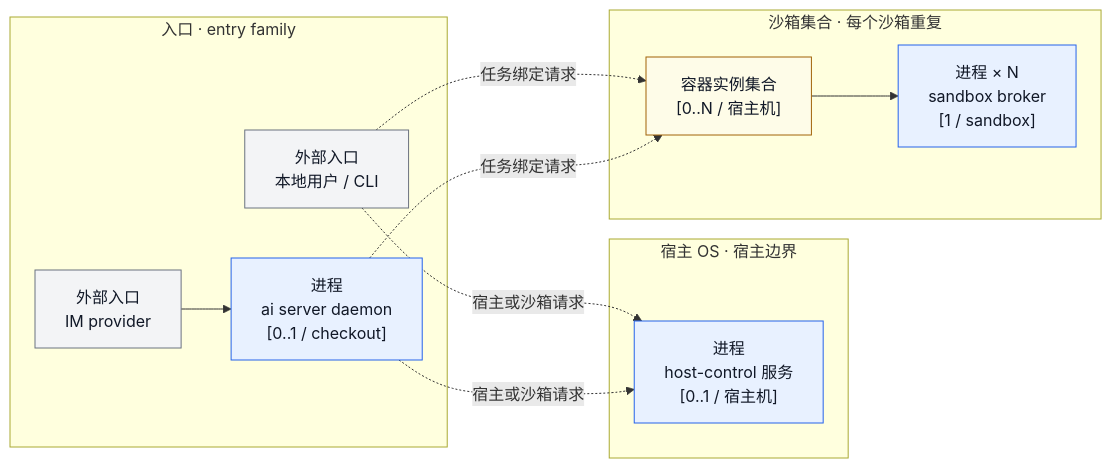
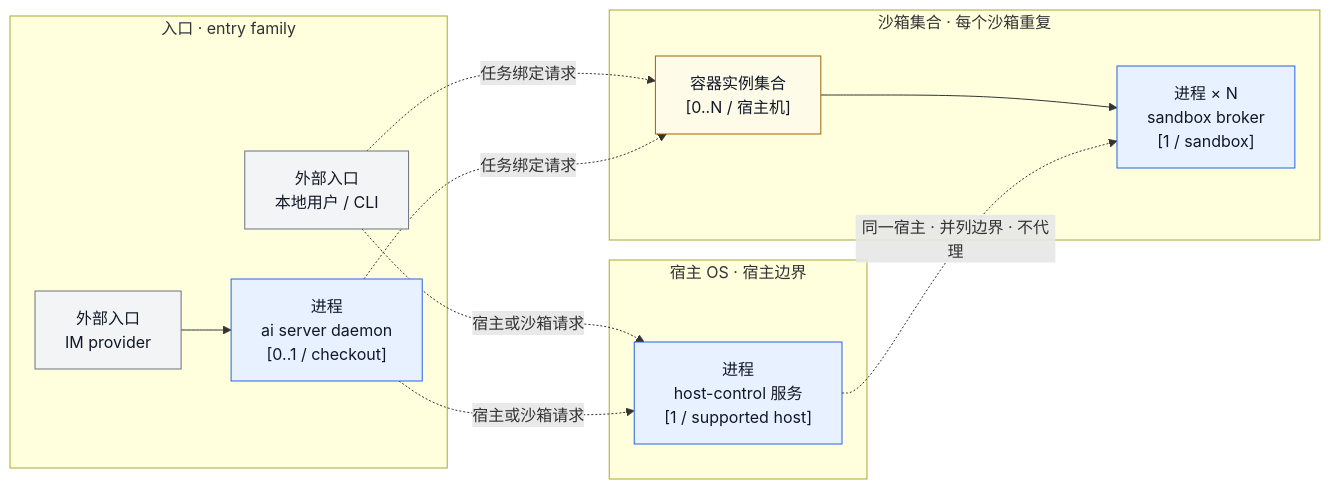
Before and after one commit to fitlab-ai/agent-infra: the second of 4 diagrams in docs/zh-CN/architecture.md, drawn with Mermaid. The commit also changed other lines of this file and 1 other file, not shown here.

Commit message:
docs(architecture): clarify host-control cardinality

````diff
--- a/docs/zh-CN/architecture.md
+++ b/docs/zh-CN/architecture.md
@@ -51,28 +57,30 @@
 ```mermaid
 flowchart LR
   classDef process fill:#e8f1ff,stroke:#2563eb,color:#111827;
   classDef boundary fill:#fefce8,stroke:#a16207,color:#111827;
   classDef external fill:#f3f4f6,stroke:#6b7280,color:#111827;
 
   subgraph I["入口 · entry family"]
     CLI["外部入口<br/>本地用户 / CLI"]:::external
     IM["外部入口<br/>IM provider"]:::external
     D["进程<br/>ai server daemon<br/>[0..1 / checkout]"]:::process
     IM --> D
   end
 
   subgraph H["宿主 OS · 宿主边界"]
-    HC["进程<br/>host-control 服务<br/>[0..1 / 宿主机]"]:::process
+    HC["进程<br/>host-control 服务<br/>[1 / supported host]"]:::process
   end
 
   subgraph F["沙箱集合 · 每个沙箱重复"]
     C["容器实例集合<br/>[0..N / 宿主机]"]:::boundary
     B["进程 × N<br/>sandbox broker<br/>[1 / sandbox]"]:::process
     C --> B
   end
 
+  HC -. "同一宿主 · 并列边界 · 不代理" .-> B
+
   CLI -. 宿主或沙箱请求 .-> HC
   D -. 宿主或沙箱请求 .-> HC
   CLI -. 任务绑定请求 .-> C
   D -. 任务绑定请求 .-> C
 ```
````
